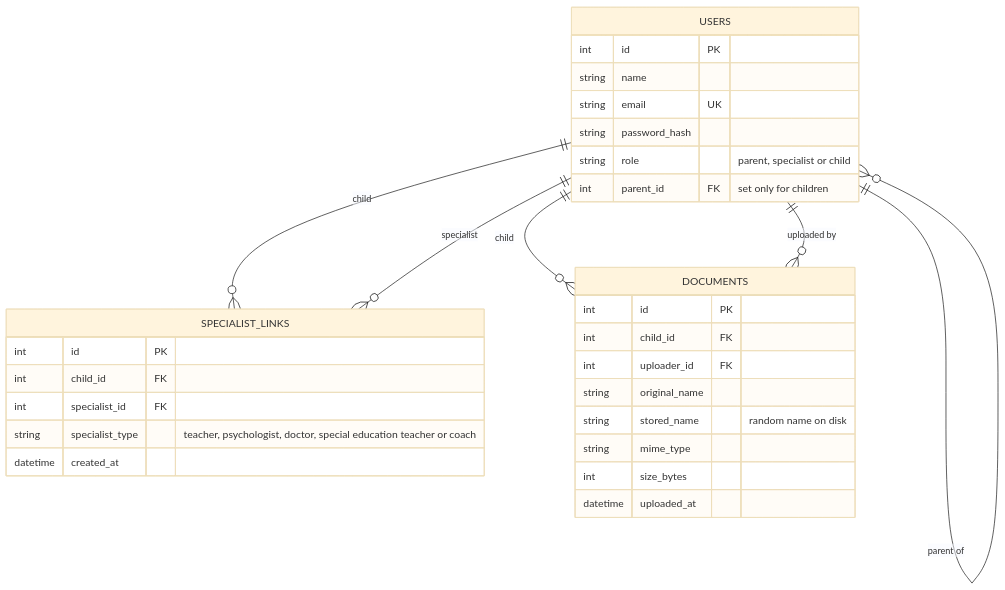
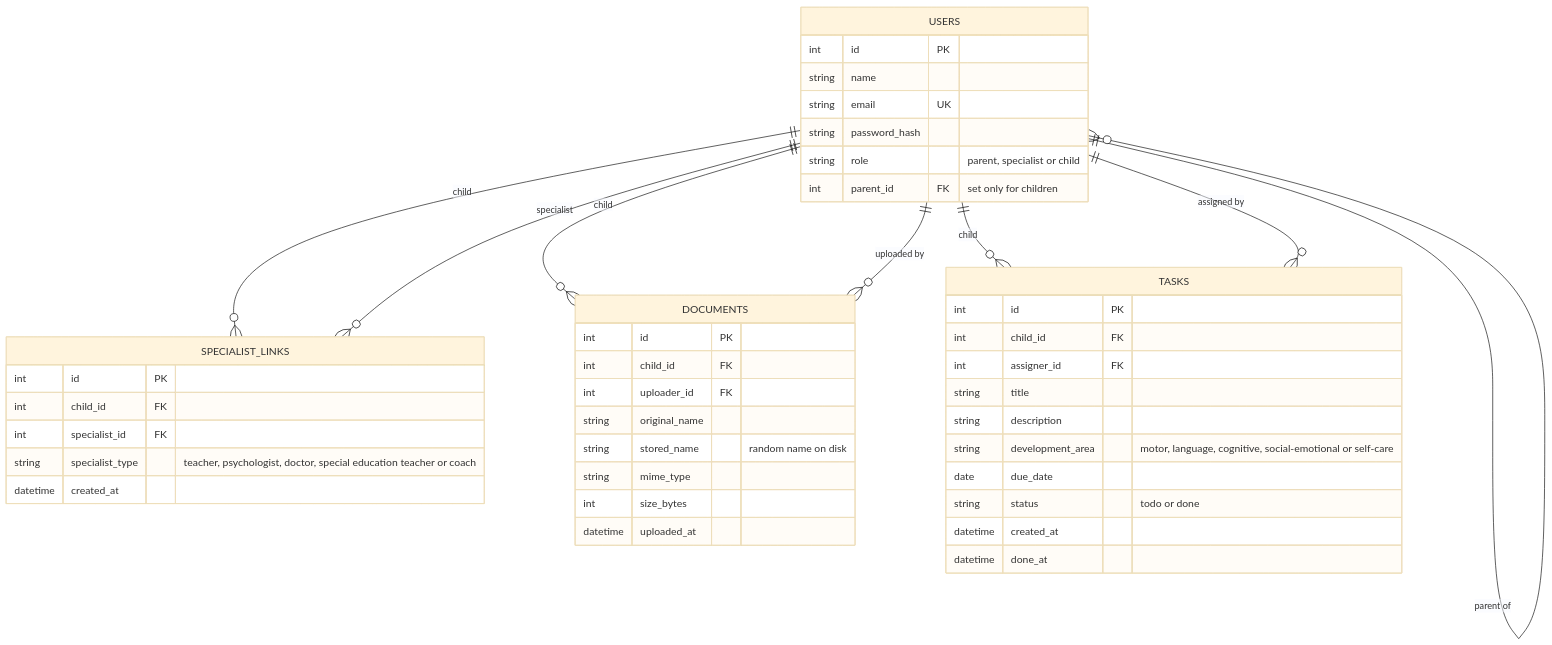
The second of 3 diagrams in docs/SDD.md (YYalcinoz/SENG383-Project), drawn with Mermaid (base theme) before and after one commit. The commit also changed other lines of this file, not shown here.

Commit message:
HLX-37 Add M4 and M7 design to SDD

````diff
--- a/docs/SDD.md
+++ b/docs/SDD.md
@@ -69,33 +69,47 @@
 ```mermaid
 erDiagram
     USERS ||--o{ USERS : "parent of"
     USERS ||--o{ SPECIALIST_LINKS : "child"
     USERS ||--o{ SPECIALIST_LINKS : "specialist"
     USERS ||--o{ DOCUMENTS : "child"
     USERS ||--o{ DOCUMENTS : "uploaded by"
     USERS {
         int id PK
         string name
         string email UK
         string password_hash
         string role "parent, specialist or child"
         int parent_id FK "set only for children"
     }
     SPECIALIST_LINKS {
         int id PK
         int child_id FK
         int specialist_id FK
         string specialist_type "teacher, psychologist, doctor, special education teacher or coach"
         datetime created_at
     }
     DOCUMENTS {
         int id PK
         int child_id FK
         int uploader_id FK
         string original_name
         string stored_name "random name on disk"
         string mime_type
         int size_bytes
         datetime uploaded_at
     }
+    USERS ||--o{ TASKS : "child"
+    USERS ||--o{ TASKS : "assigned by"
+    TASKS {
+        int id PK
+        int child_id FK
+        int assigner_id FK
+        string title
+        string description
+        string development_area "motor, language, cognitive, social-emotional or self-care"
+        date due_date
+        string status "todo or done"
+        datetime created_at
+        datetime done_at
+    }
 ```
````
